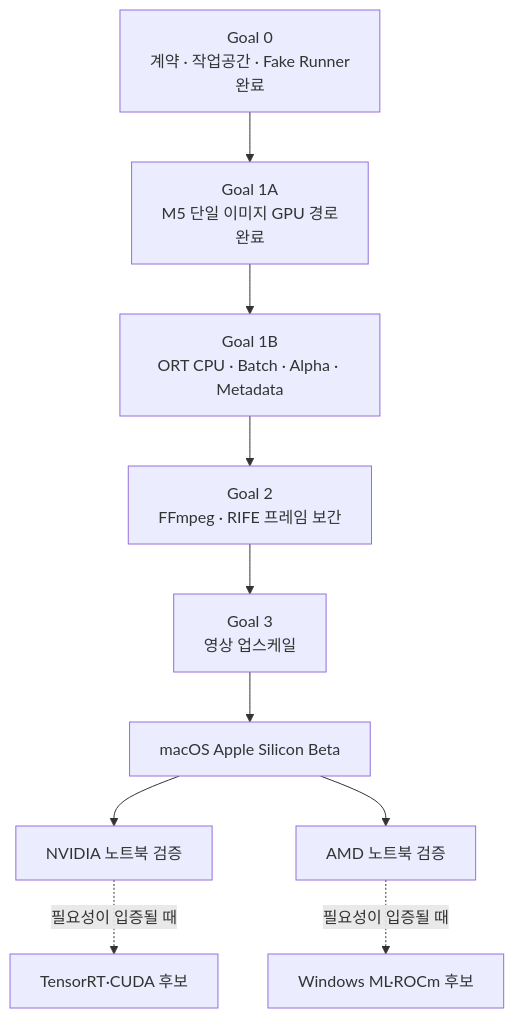
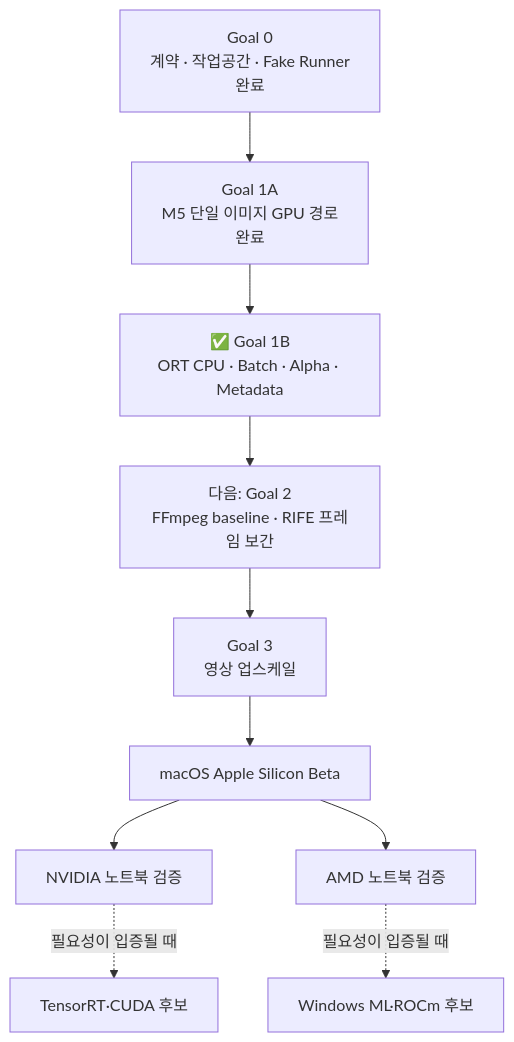
One commit to zooslab/zoos-upscale changed the third of 3 diagrams in README.md. Above: the diagram before and after it, drawn with Mermaid. The commit also changed other lines of this file and 2 other files, not shown here.

Commit message:
docs: Goal 1B 구현 현황 반영

````diff
--- a/README.md
+++ b/README.md
@@ -114,12 +122,12 @@
 ```mermaid
 flowchart TB
     G0["Goal 0<br/>계약 · 작업공간 · Fake Runner<br/>완료"] --> G1A["Goal 1A<br/>M5 단일 이미지 GPU 경로<br/>완료"]
-    G1A --> G1B["Goal 1B<br/>ORT CPU · Batch · Alpha · Metadata"]
-    G1B --> G2["Goal 2<br/>FFmpeg · RIFE 프레임 보간"]
+    G1A --> G1B["✅ Goal 1B<br/>ORT CPU · Batch · Alpha · Metadata"]
+    G1B --> G2["다음: Goal 2<br/>FFmpeg baseline · RIFE 프레임 보간"]
     G2 --> G3["Goal 3<br/>영상 업스케일"]
     G3 --> BETA["macOS Apple Silicon Beta"]
     BETA --> NV["NVIDIA 노트북 검증"]
     BETA --> AMD["AMD 노트북 검증"]
     NV -. "필요성이 입증될 때" .-> CUDA["TensorRT·CUDA 후보"]
     AMD -. "필요성이 입증될 때" .-> ROCM["Windows ML·ROCm 후보"]
 ```
````
